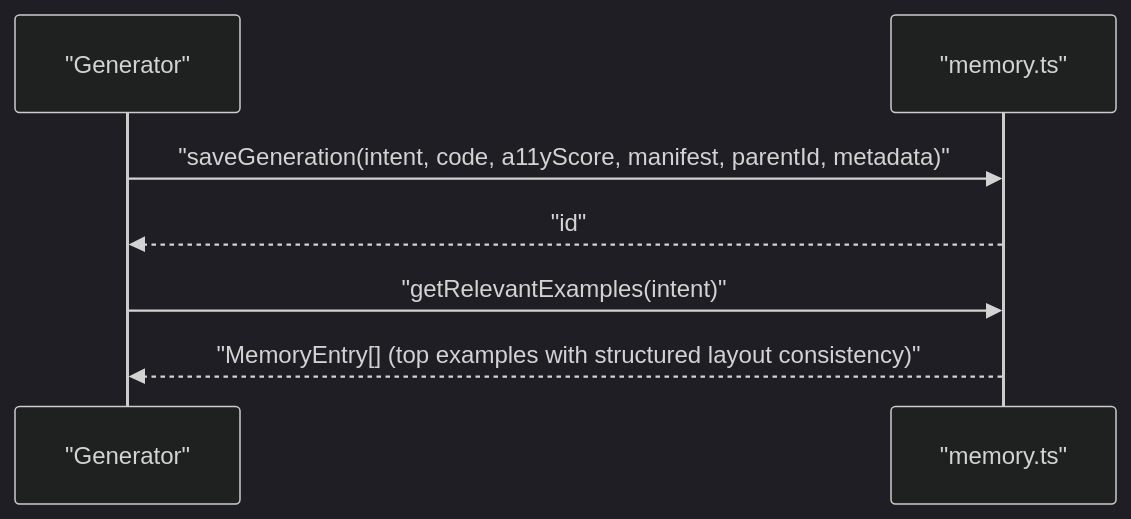
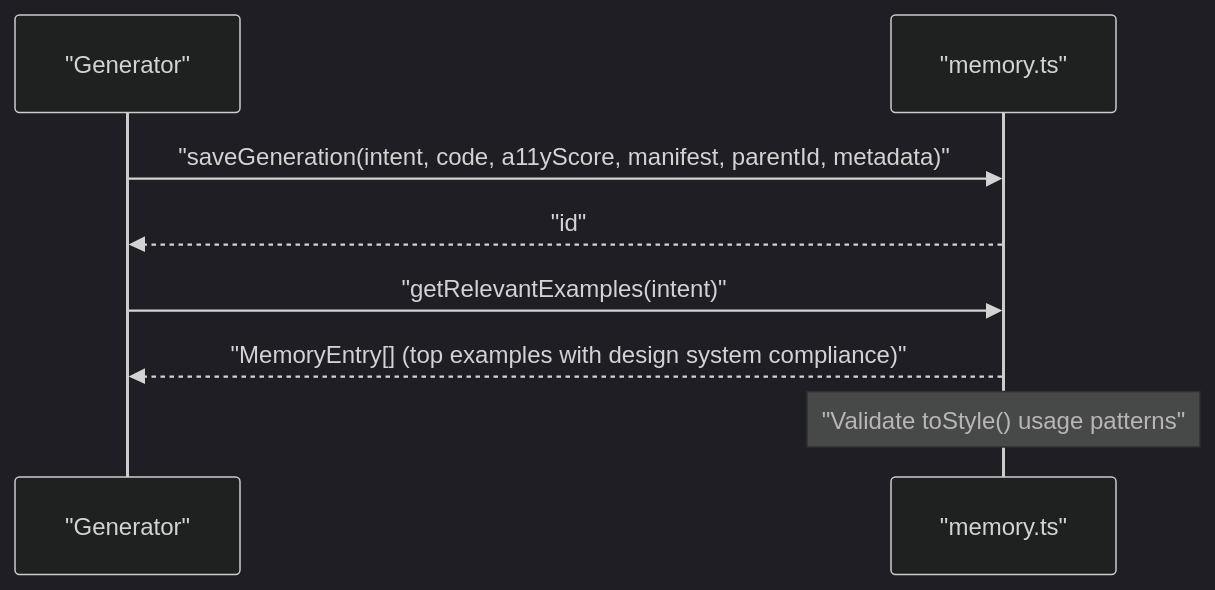
Before and after one commit to shekhargiri005-dotcom/AI-powered-accessibility-first-UI-engine: the seventh of 11 diagrams in .qoder/repowiki/en/content/AI Generation Engine/Core Generation Pipeline/Prompt Engineering & Context Injection.md, drawn with Mermaid (dark theme). The commit also changed other lines of this file and 24 other files, not shown here.

````diff
--- a/.qoder/repowiki/en/content/AI Generation Engine/Core Generation Pipeline/Prompt Engineering & Context Injection.md
+++ b/.qoder/repowiki/en/content/AI Generation Engine/Core Generation Pipeline/Prompt Engineering & Context Injection.md
@@ -332,9 +378,10 @@
 ```mermaid
 sequenceDiagram
 participant Gen as "Generator"
 participant MEM as "memory.ts"
 Gen->>MEM : "saveGeneration(intent, code, a11yScore, manifest, parentId, metadata)"
 MEM-->>Gen : "id"
 Gen->>MEM : "getRelevantExamples(intent)"
-MEM-->>Gen : "MemoryEntry[] (top examples with structured layout consistency)"
+MEM-->>Gen : "MemoryEntry[] (top examples with design system compliance)"
+Note over MEM : "Validate toStyle() usage patterns"
 ```
````
